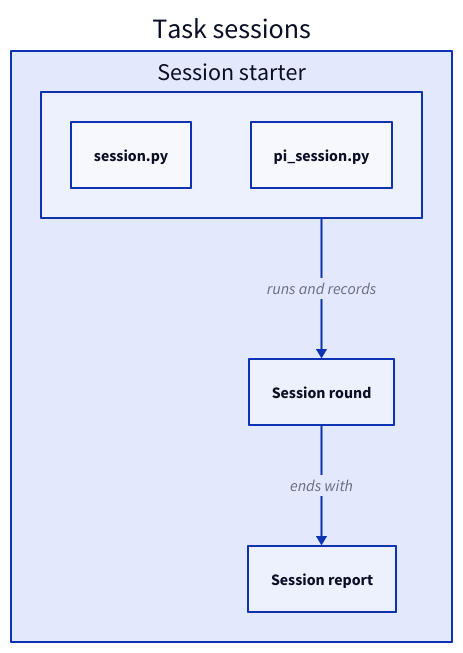
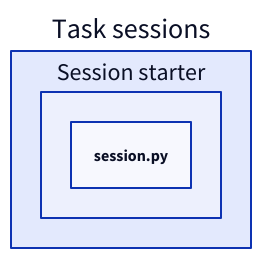
Before and after one commit to FTOD/concorde: the third of 4 diagrams in specs/concorde/coordination/task-session/module.md, drawn with D2. The commit also changed other lines of this file and 92 other files, not shown here.

````diff
--- a/specs/concorde/coordination/task-session/module.md
+++ b/specs/concorde/coordination/task-session/module.md
@@ -353,12 +232,7 @@
 ```d2
 tasksession: Task sessions {
   starter: Session starter {
     "session.py"
-    "pi_session.py"
   }
-  round: Session round
-  report: Session report
-  starter -> round: runs and records
-  round -> report: ends with
 }
 ```
````
